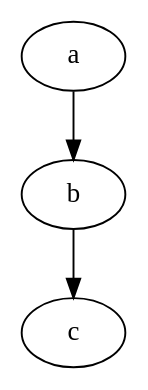
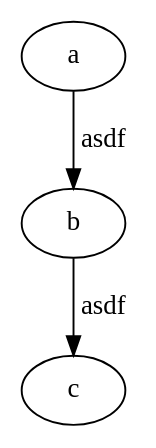
Before and after one commit to t1d333/TFL: the diagram in lab3/app/testsuite/data/graph.dot, drawn with Graphviz. The commit also changed 7 other files, not shown here.

```diff
--- a/lab3/app/testsuite/data/graph.dot
+++ b/lab3/app/testsuite/data/graph.dot
@@ -1,6 +1,6 @@
 digraph g {
     a;
     b;
     c;
-    a -> b -> c [label=""];
+    a -> b -> c [label="asdf"];
 }
```
